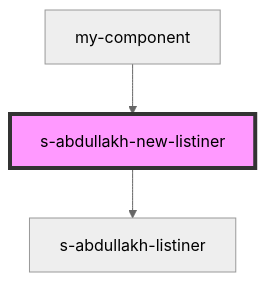
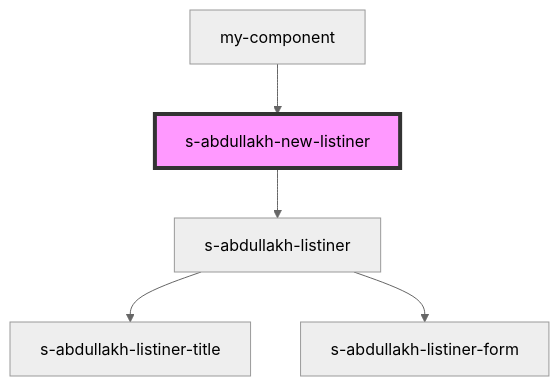
Before and after one commit to Wokh-Dada/wibbitz-stencil: the diagram in src/components/res/view/s-abdullakh-new-listiner/readme.md, drawn with Mermaid (neutral theme). The commit also changed 20 other files, not shown here.

````diff
--- a/src/components/res/view/s-abdullakh-new-listiner/readme.md
+++ b/src/components/res/view/s-abdullakh-new-listiner/readme.md
@@ -33,6 +33,8 @@
 ```mermaid
 graph TD;
   s-abdullakh-new-listiner --> s-abdullakh-listiner
+  s-abdullakh-listiner --> s-abdullakh-listiner-title
+  s-abdullakh-listiner --> s-abdullakh-listiner-form
   my-component --> s-abdullakh-new-listiner
   style s-abdullakh-new-listiner fill:#f9f,stroke:#333,stroke-width:4px
 ```
````
